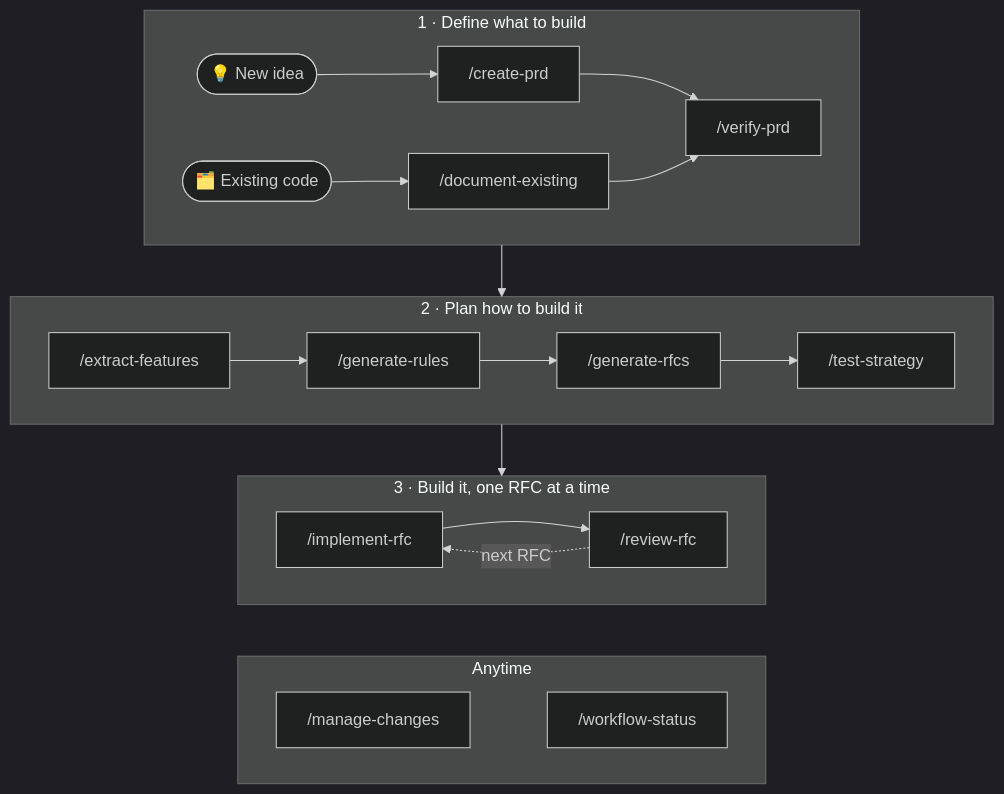
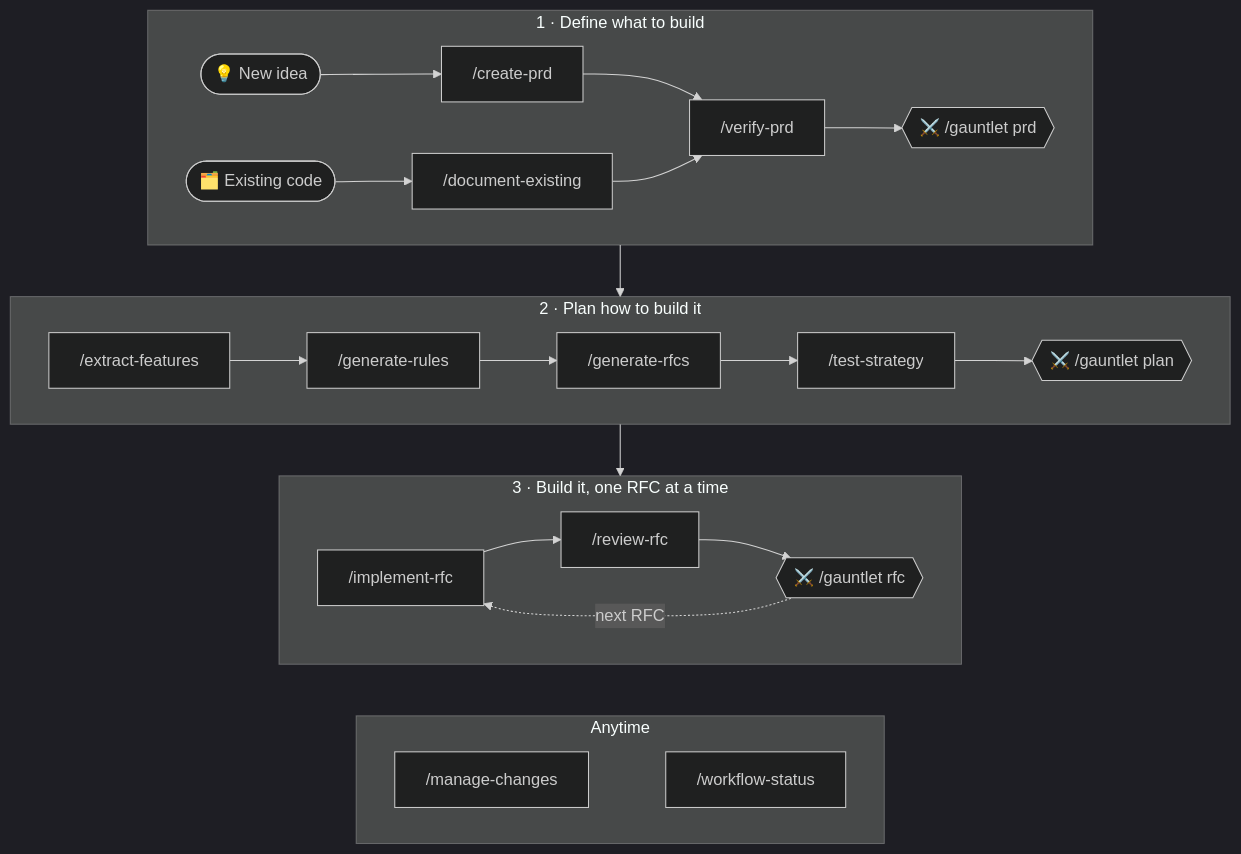
One commit to nurettincoban/ai-prd-workflow changed the diagram in README.md. Above: the diagram before and after it, drawn with Mermaid (dark theme). The commit also changed other lines of this file and 33 other files, not shown here.

````diff
--- a/README.md
+++ b/README.md
@@ -83,23 +88,24 @@
 ```mermaid
 flowchart TB
     subgraph define ["1 · Define what to build"]
         direction LR
         idea([💡 New idea]) --> create["/create-prd"] --> verify["/verify-prd"]
         code([🗂️ Existing code]) --> document["/document-existing"] --> verify
+        verify --> g1{{"⚔️ /gauntlet prd"}}
     end
     subgraph plan ["2 · Plan how to build it"]
         direction LR
-        features["/extract-features"] --> rules["/generate-rules"] --> rfcs["/generate-rfcs"] --> tests["/test-strategy"]
+        features["/extract-features"] --> rules["/generate-rules"] --> rfcs["/generate-rfcs"] --> tests["/test-strategy"] --> g2{{"⚔️ /gauntlet plan"}}
     end
     subgraph build ["3 · Build it, one RFC at a time"]
         direction LR
-        implement["/implement-rfc"] --> review["/review-rfc"]
-        review -.->|next RFC| implement
+        implement["/implement-rfc"] --> review["/review-rfc"] --> g3{{"⚔️ /gauntlet rfc"}}
+        g3 -.->|next RFC| implement
     end
     subgraph anytime ["Anytime"]
         direction LR
         changes["/manage-changes"] ~~~ status["/workflow-status"]
     end
     define --> plan --> build
     build ~~~ anytime
 ```
````
